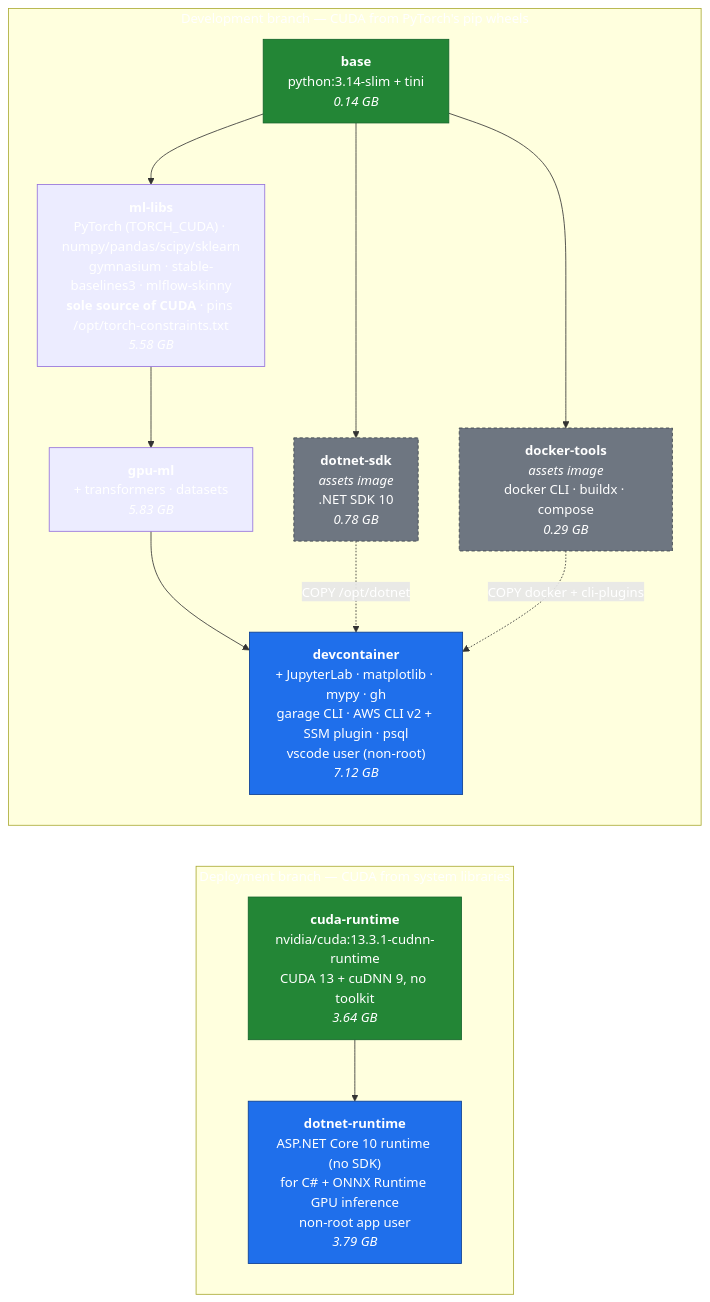
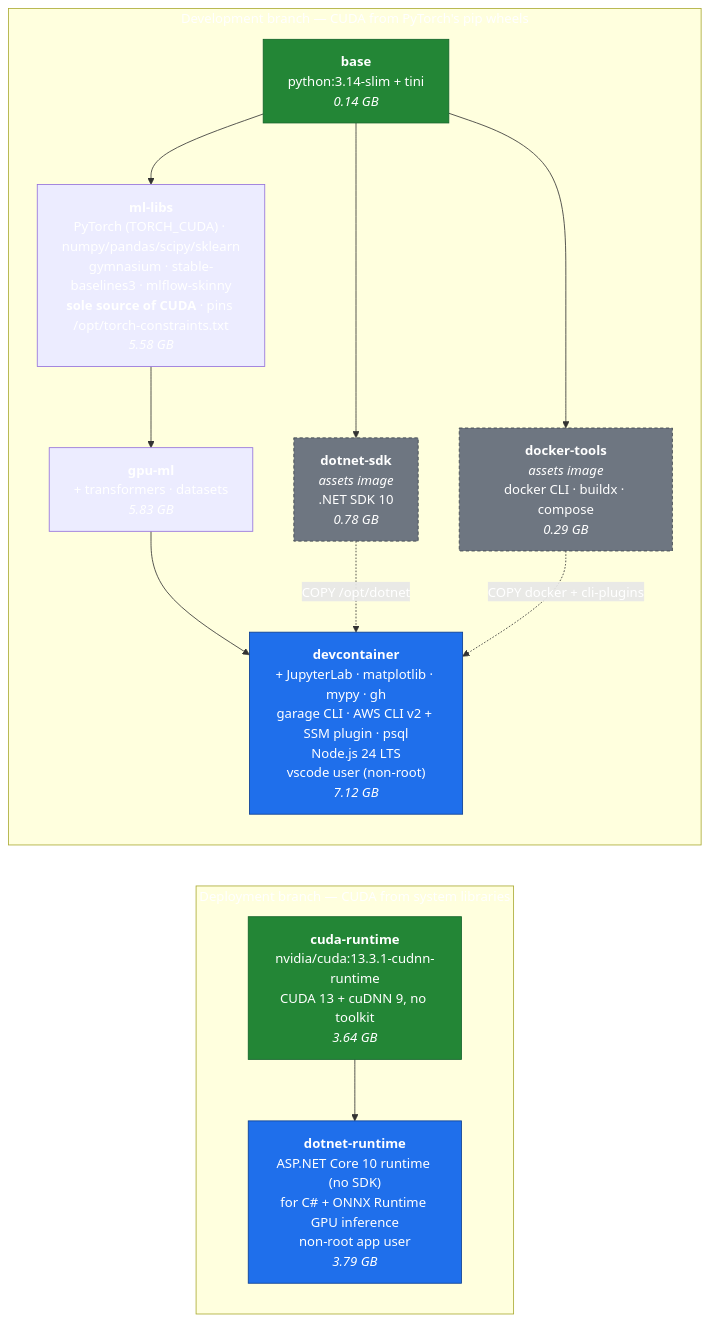
The diagram in README.md (goldsam/ml-images), drawn with Mermaid before and after one commit. The commit also changed 4 other files, not shown here.

First line of the commit message:
Add Node.js 24 LTS to the devcontainer

````diff
--- a/README.md
+++ b/README.md
@@ -16,37 +16,37 @@
 ```mermaid
 graph TD
     subgraph dev["Development branch — CUDA from PyTorch's pip wheels"]
         direction TB
         base["<b>base</b><br/>python:3.14-slim + tini<br/><i>0.14 GB</i>"]
         mllibs["<b>ml-libs</b><br/>PyTorch (TORCH_CUDA) · numpy/pandas/scipy/sklearn<br/>gymnasium · stable-baselines3 · mlflow-skinny<br/><b>sole source of CUDA</b> · pins /opt/torch-constraints.txt<br/><i>5.58 GB</i>"]
         gpuml["<b>gpu-ml</b><br/>+ transformers · datasets<br/><i>5.83 GB</i>"]
-        devc["<b>devcontainer</b><br/>+ JupyterLab · matplotlib · mypy · gh<br/>garage CLI · AWS CLI v2 + SSM plugin · psql<br/>vscode user (non-root)<br/><i>7.12 GB</i>"]
+        devc["<b>devcontainer</b><br/>+ JupyterLab · matplotlib · mypy · gh<br/>garage CLI · AWS CLI v2 + SSM plugin · psql<br/>Node.js 24 LTS<br/>vscode user (non-root)<br/><i>7.12 GB</i>"]
         dotnetsdk["<b>dotnet-sdk</b><br/><i>assets image</i><br/>.NET SDK 10<br/><i>0.78 GB</i>"]
         dockertools["<b>docker-tools</b><br/><i>assets image</i><br/>docker CLI · buildx · compose<br/><i>0.29 GB</i>"]
 
         base --> mllibs
         base --> dotnetsdk
         base --> dockertools
         mllibs --> gpuml
         gpuml --> devc
         dotnetsdk -.->|"COPY /opt/dotnet"| devc
         dockertools -.->|"COPY docker + cli-plugins"| devc
     end
 
     subgraph deploy["Deployment branch — CUDA from system libraries"]
         direction TB
         cudart["<b>cuda-runtime</b><br/>nvidia/cuda:13.3.1-cudnn-runtime<br/>CUDA 13 + cuDNN 9, no toolkit<br/><i>3.64 GB</i>"]
         dotnetrt["<b>dotnet-runtime</b><br/>ASP.NET Core 10 runtime (no SDK)<br/>for C# + ONNX Runtime GPU inference<br/>non-root app user<br/><i>3.79 GB</i>"]
 
         cudart --> dotnetrt
     end
 
     devc ~~~ deploy
 
     classDef leaf fill:#1f6feb,stroke:#0b3d91,color:#fff
     classDef assets fill:#6e7681,stroke:#3d444d,color:#fff,stroke-dasharray:4 3
     classDef root fill:#238636,stroke:#116329,color:#fff
     class devc,dotnetrt leaf
     class dotnetsdk,dockertools assets
     class base,cudart root
 ```
````
